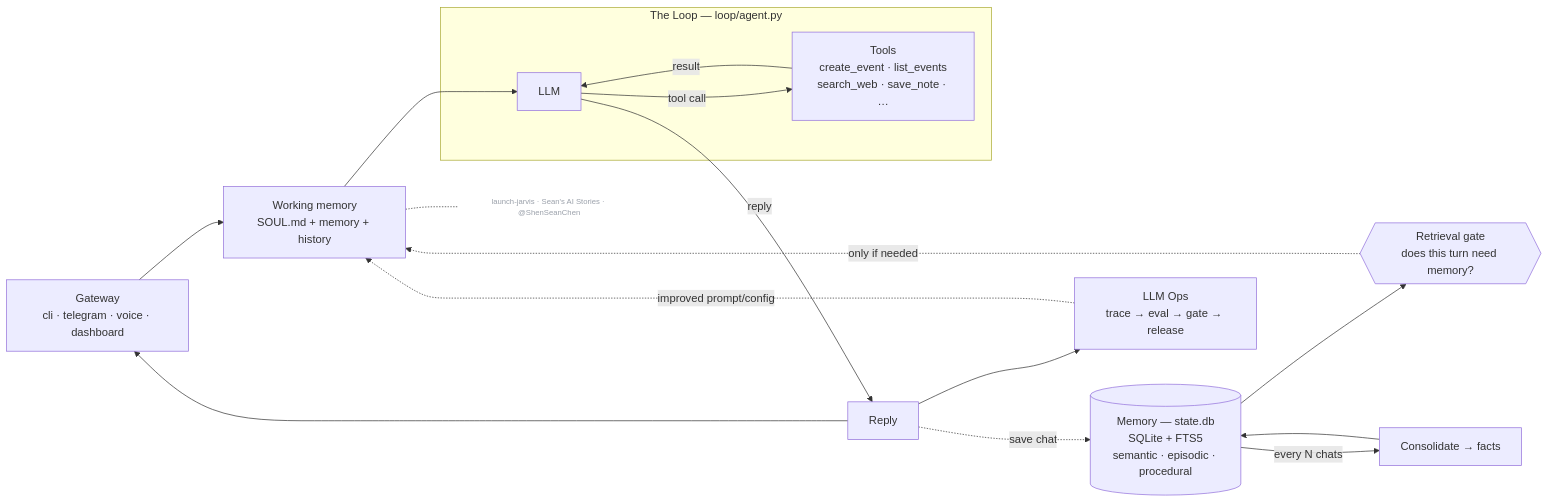
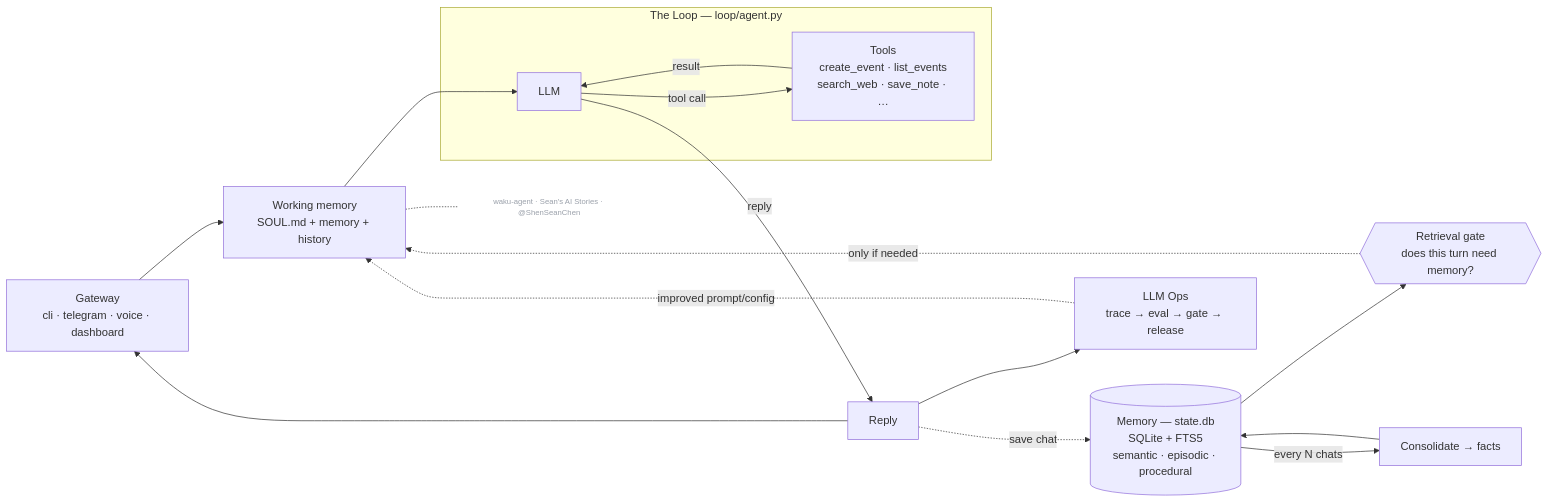
One commit to qiqiqia777/mini-hermes changed the diagram in README.md. Above: the diagram before and after it, drawn with Mermaid. The commit also changed other lines of this file and 94 other files, not shown here.

First line of the commit message:
Rename the whole project: jarvis → waku (package, class, env, home) and launch-jarvis → waku-agent

````diff
--- a/README.md
+++ b/README.md
@@ -112,18 +112,18 @@
 ```mermaid
 flowchart LR
   GW["Gateway<br/>cli · telegram · voice · dashboard"] --> WM["Working memory<br/>SOUL.md + memory + history"]
   WM --> LLM
   subgraph LOOP["The Loop — loop/agent.py"]
     LLM["LLM"] -->|tool call| TOOLS["Tools<br/>create_event · list_events<br/>search_web · save_note · …"]
     TOOLS -->|result| LLM
   end
   LLM -->|reply| REPLY["Reply"] --> GW
   GATE{{"Retrieval gate<br/>does this turn need memory?"}} -. only if needed .-> WM
   MEM[("Memory — state.db<br/>SQLite + FTS5<br/>semantic · episodic · procedural")] --> GATE
   REPLY -. save chat .-> MEM
   MEM -->|every N chats| CONS["Consolidate → facts"] --> MEM
   REPLY --> OPS["LLM Ops<br/>trace → eval → gate → release"]
   OPS -. improved prompt/config .-> WM
-  WM -.- WATERMARK["launch-jarvis · Sean's AI Stories · @ShenSeanChen"]:::wm
+  WM -.- WATERMARK["waku-agent · Sean's AI Stories · @ShenSeanChen"]:::wm
   classDef wm fill:none,stroke:none,color:#9aa0aa,font-size:11px;
 ```
````
